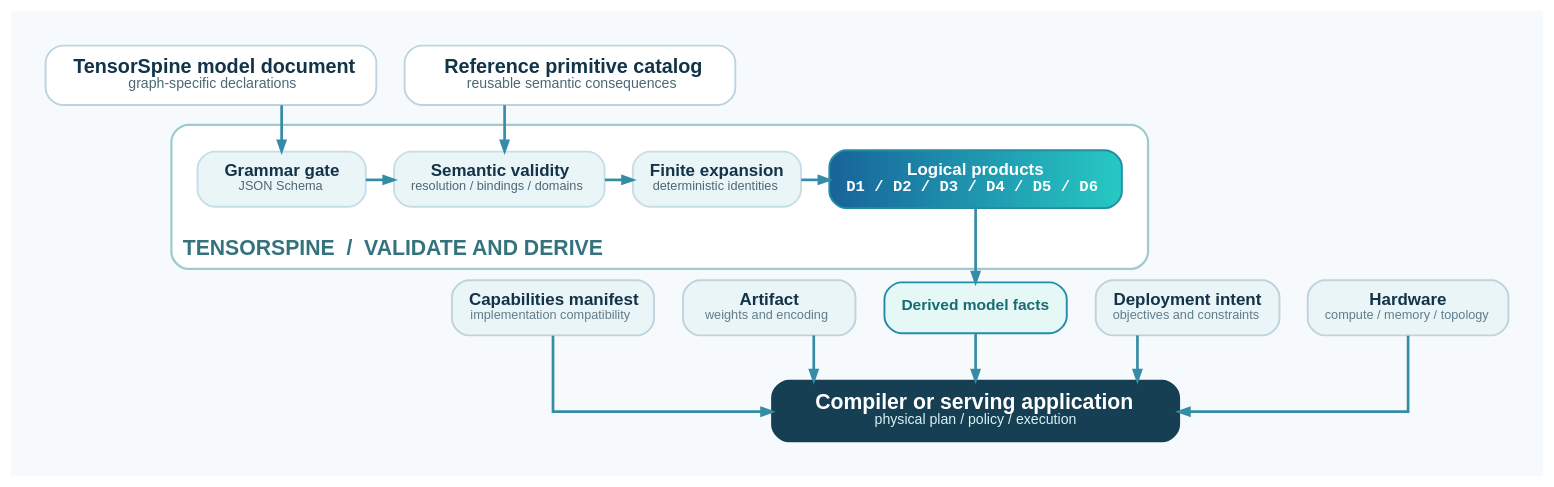
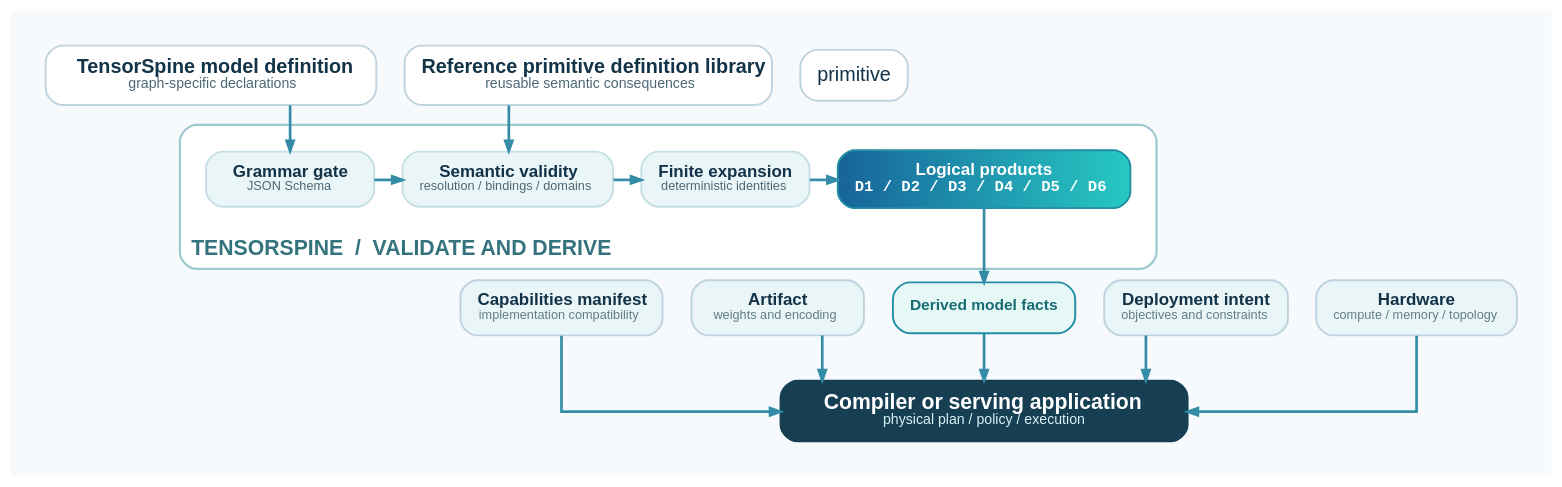
The diagram in docs/language-pipeline.dot (maneex/tensorspine), drawn with Graphviz before and after one commit. The commit also changed 25 other files, not shown here.

```diff
--- a/docs/language-pipeline.dot
+++ b/docs/language-pipeline.dot
@@ -1,138 +1,138 @@
 // Render with: dot -Tsvg docs/language-pipeline.dot -o docs/language-pipeline.svg
 digraph language_pipeline {
   graph [
     rankdir=TB,
     bgcolor="#F6FAFC",
     pad="0.34",
     nodesep="0.28",
     ranksep="0.44",
     splines=ortho,
     compound=true,
     newrank=true,
     fontname="Arial"
   ];
 
   node [
     shape=box,
     style="rounded,filled",
     fontname="Arial",
     color="#BFD3DE",
     fillcolor="#FFFFFF",
     fontcolor="#123348",
     penwidth=1.35,
     margin="0.17,0.12"
   ];
   edge [
     color="#348CA6",
     fontname="Arial",
     fontcolor="#557583",
     fontsize=9,
     penwidth=1.9,
     arrowsize=0.72
   ];
 
   model [
     width=3.25,
-    label=<<FONT POINT-SIZE="14"><B>TensorSpine model document</B></FONT><BR/><FONT COLOR="#4C6876" POINT-SIZE="10">graph-specific declarations</FONT>>
+    label=<<FONT POINT-SIZE="14"><B>TensorSpine model definition</B></FONT><BR/><FONT COLOR="#4C6876" POINT-SIZE="10">graph-specific declarations</FONT>>
   ];
-  catalog [
+  primitive library [
     width=3.25,
-    label=<<FONT POINT-SIZE="14"><B>Reference primitive catalog</B></FONT><BR/><FONT COLOR="#4C6876" POINT-SIZE="10">reusable semantic consequences</FONT>>
+    label=<<FONT POINT-SIZE="14"><B>Reference primitive definition library</B></FONT><BR/><FONT COLOR="#4C6876" POINT-SIZE="10">reusable semantic consequences</FONT>>
   ];
-  { rank=same; model; catalog; }
+  { rank=same; model; primitive library; }
 
   subgraph cluster_tensorspine {
     graph [
       style="rounded,filled",
       color="#9FCBD0",
       fillcolor="#FFFFFF",
       penwidth=1.6,
       margin=18,
       labeljust=l,
       labelloc=b,
       label=<<FONT COLOR="#34737E" POINT-SIZE="15"><B>TENSORSPINE  /  VALIDATE AND DERIVE</B></FONT>>
     ];
 
     grammar [
       width=1.65,
       fillcolor="#EAF5F8",
       color="#C5DEE6",
       label=<<FONT POINT-SIZE="12"><B>Grammar gate</B></FONT><BR/><FONT COLOR="#4C6876" POINT-SIZE="9">JSON Schema</FONT>>
     ];
     validity [
       width=1.75,
       fillcolor="#EAF5F8",
       color="#C5DEE6",
       label=<<FONT POINT-SIZE="12"><B>Semantic validity</B></FONT><BR/><FONT COLOR="#4C6876" POINT-SIZE="9">resolution / bindings / domains</FONT>>
     ];
     expansion [
       width=1.65,
       fillcolor="#EAF5F8",
       color="#C5DEE6",
       label=<<FONT POINT-SIZE="12"><B>Finite expansion</B></FONT><BR/><FONT COLOR="#4C6876" POINT-SIZE="9">deterministic identities</FONT>>
     ];
     products [
       width=1.75,
       color="#218EA5",
       fillcolor="#17639A:#27C9C3",
       gradientangle=0,
       fontcolor="#FFFFFF",
       label=<<FONT POINT-SIZE="12"><B>Logical products</B></FONT><BR/><FONT FACE="Courier New" POINT-SIZE="11"><B>D1 / D2 / D3 / D4 / D5 / D6</B></FONT>>
     ];
 
     { rank=same; grammar; validity; expansion; products; }
     grammar -> validity;
     validity -> expansion;
     expansion -> products;
   }
 
   capabilities [
     width=1.7,
     fillcolor="#EAF5F8",
     label=<<FONT POINT-SIZE="12"><B>Capabilities manifest</B></FONT><BR/><FONT COLOR="#607D89" POINT-SIZE="9">implementation compatibility</FONT>>
   ];
   artifact [
     width=1.7,
     fillcolor="#EAF5F8",
     label=<<FONT POINT-SIZE="12"><B>Artifact</B></FONT><BR/><FONT COLOR="#607D89" POINT-SIZE="9">weights and encoding</FONT>>
   ];
   intent [
     width=1.7,
     fillcolor="#EAF5F8",
     label=<<FONT POINT-SIZE="12"><B>Deployment intent</B></FONT><BR/><FONT COLOR="#607D89" POINT-SIZE="9">objectives and constraints</FONT>>
   ];
   hardware [
     width=1.7,
     fillcolor="#EAF5F8",
     label=<<FONT POINT-SIZE="12"><B>Hardware</B></FONT><BR/><FONT COLOR="#607D89" POINT-SIZE="9">compute / memory / topology</FONT>>
   ];
   facts [
     width=1.45,
     color="#218EA5",
     fillcolor="#E5F8F6",
     fontcolor="#176B72",
     label=<<FONT POINT-SIZE="11"><B>Derived model facts</B></FONT>>
   ];
   { rank=same; capabilities; artifact; facts; intent; hardware; }
   capabilities -> artifact [style=invis, weight=20];
   artifact -> facts [style=invis, weight=20];
   facts -> intent [style=invis, weight=20];
   intent -> hardware [style=invis, weight=20];
 
   execution [
     color="#163F53",
     fillcolor="#163F53",
     fontcolor="#FFFFFF",
     width=4.0,
     label=<<FONT POINT-SIZE="15"><B>Compiler or serving application</B></FONT><BR/><FONT COLOR="#D9F2F3" POINT-SIZE="10">physical plan / policy / execution</FONT>>
   ];
 
   model -> grammar;
-  catalog -> validity;
+  primitive library -> validity;
   products -> facts;
   facts -> execution;
   capabilities -> execution;
   artifact -> execution;
   intent -> execution;
   hardware -> execution;
 }
```
